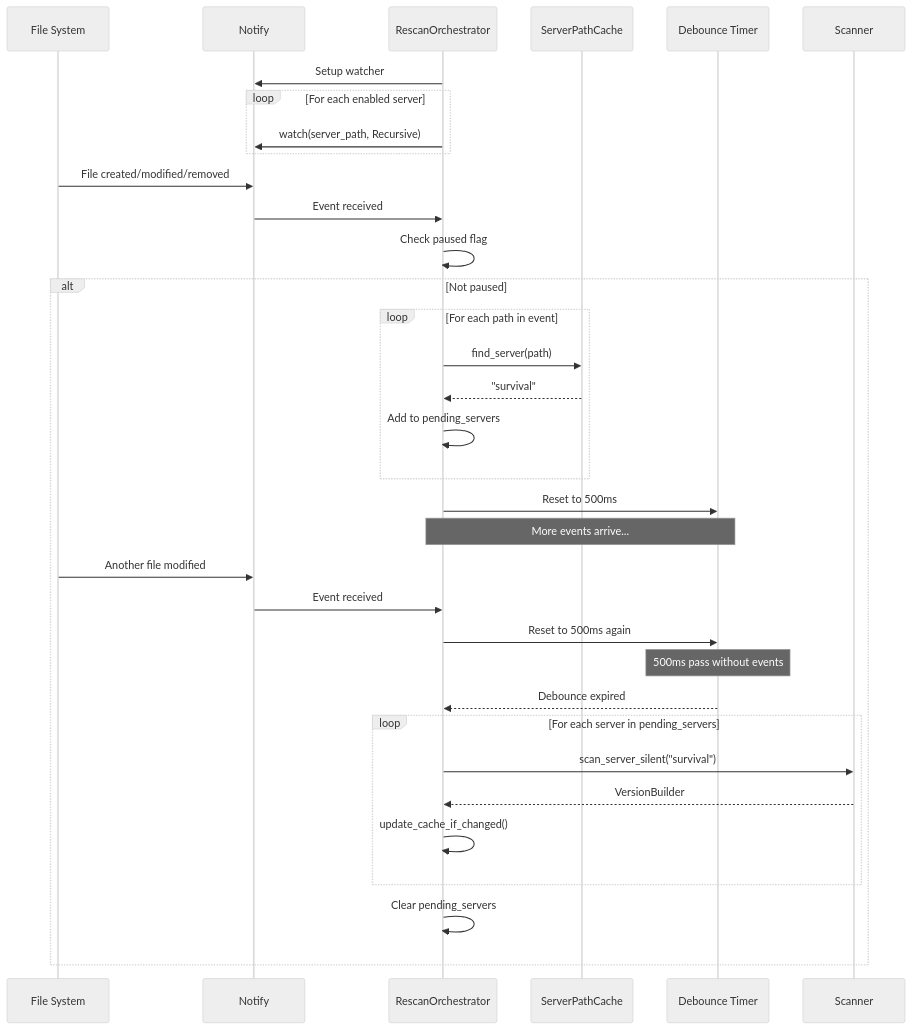
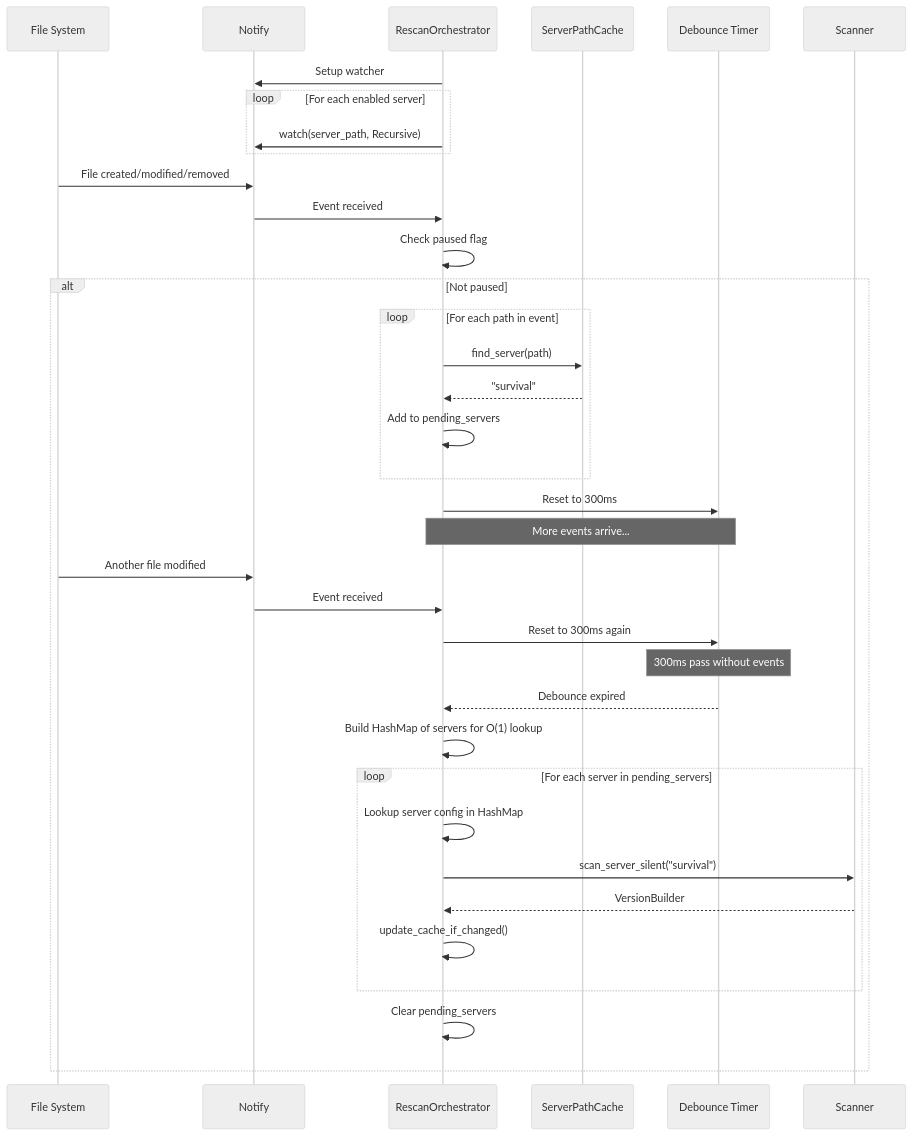
One commit to Lighty-Launcher/LightyUpdater changed the third of 9 diagrams in crates/cache/docs/rescan.md. Above: the diagram before and after it, drawn with Mermaid (neutral theme). The commit also changed other lines of this file and 23 other files, not shown here.

````diff
--- a/crates/cache/docs/rescan.md
+++ b/crates/cache/docs/rescan.md
@@ -122,44 +125,46 @@
 ```mermaid
 sequenceDiagram
     participant FS as File System
     participant Notify
     participant RO as RescanOrchestrator
     participant SPC as ServerPathCache
     participant Timer as Debounce Timer
     participant Scanner
 
     RO->>Notify: Setup watcher
     loop For each enabled server
         RO->>Notify: watch(server_path, Recursive)
     end
 
     FS->>Notify: File created/modified/removed
     Notify->>RO: Event received
 
     RO->>RO: Check paused flag
     alt Not paused
         loop For each path in event
             RO->>SPC: find_server(path)
             SPC-->>RO: "survival"
             RO->>RO: Add to pending_servers
         end
 
-        RO->>Timer: Reset to 500ms
+        RO->>Timer: Reset to 300ms
 
         Note over RO,Timer: More events arrive...
         FS->>Notify: Another file modified
         Notify->>RO: Event received
-        RO->>Timer: Reset to 500ms again
+        RO->>Timer: Reset to 300ms again
 
-        Note over Timer: 500ms pass without events
+        Note over Timer: 300ms pass without events
         Timer-->>RO: Debounce expired
 
+        RO->>RO: Build HashMap of servers for O(1) lookup
         loop For each server in pending_servers
+            RO->>RO: Lookup server config in HashMap
             RO->>Scanner: scan_server_silent("survival")
             Scanner-->>RO: VersionBuilder
             RO->>RO: update_cache_if_changed()
         end
 
         RO->>RO: Clear pending_servers
     end
 ```
````
